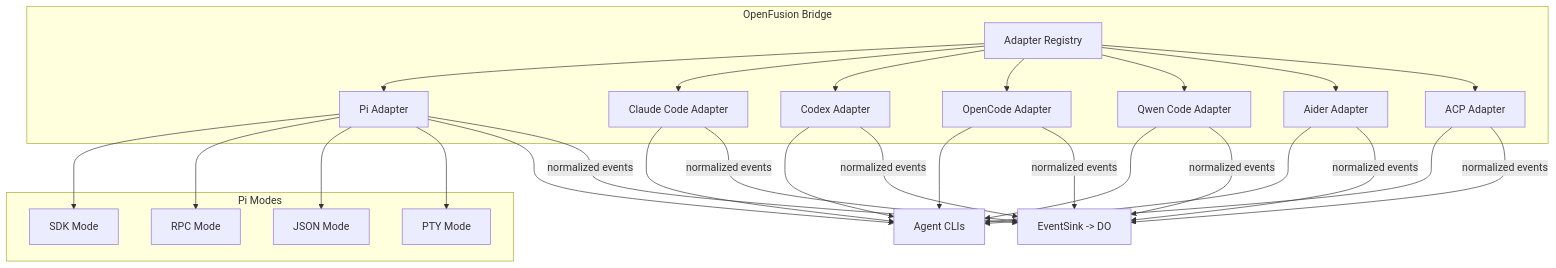
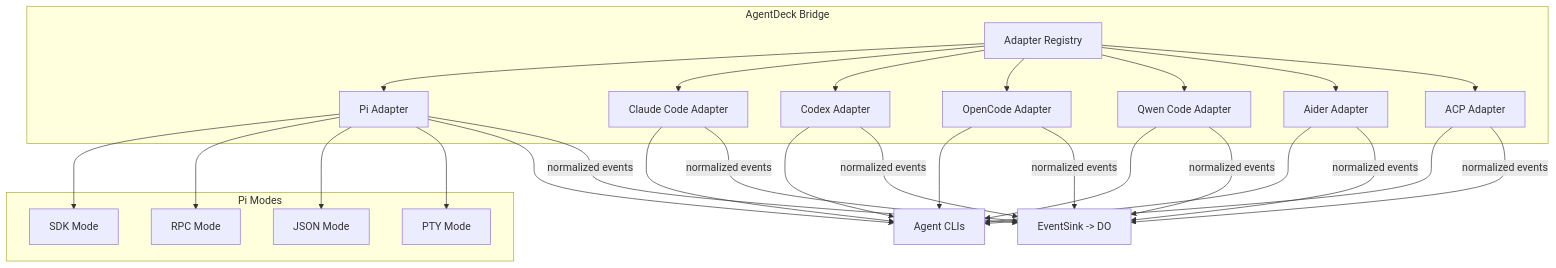
The diagram in Docs/PHASES/PHASE_06_ADAPTERS.md (itsVijayCoder/agentDeck), drawn with Mermaid before and after one commit. The commit also changed other lines of this file and 86 other files, not shown here.

First line of the commit message:
refactor: rename project from openfusion to AgentDeck

````diff
--- a/Docs/PHASES/PHASE_06_ADAPTERS.md
+++ b/Docs/PHASES/PHASE_06_ADAPTERS.md
@@ -34,52 +34,52 @@
 ```mermaid
 flowchart TB
-  subgraph Bridge[OpenFusion Bridge]
+  subgraph Bridge[AgentDeck Bridge]
     Registry[Adapter Registry]
     PA[Pi Adapter]
     CC[Claude Code Adapter]
     CX[Codex Adapter]
     OC[OpenCode Adapter]
     QC[Qwen Code Adapter]
     AI[Aider Adapter]
     ACP[ACP Adapter]
   end
 
   subgraph Pi Modes
     SDK[SDK Mode]
     RPC[RPC Mode]
     JSON[JSON Mode]
     PTY[PTY Mode]
   end
 
   Agents[Agent CLIs]
   EventSink[EventSink -> DO]
 
   Registry --> PA
   Registry --> CC
   Registry --> CX
   Registry --> OC
   Registry --> QC
   Registry --> AI
   Registry --> ACP
 
   PA --> SDK
   PA --> RPC
   PA --> JSON
   PA --> PTY
 
   CC --> Agents
   CX --> Agents
   OC --> Agents
   QC --> Agents
   PA --> Agents
   AI --> Agents
   ACP --> Agents
 
   PA -->|normalized events| EventSink
   CC -->|normalized events| EventSink
   CX -->|normalized events| EventSink
   OC -->|normalized events| EventSink
   QC -->|normalized events| EventSink
   AI -->|normalized events| EventSink
   ACP -->|normalized events| EventSink
 ```
````
